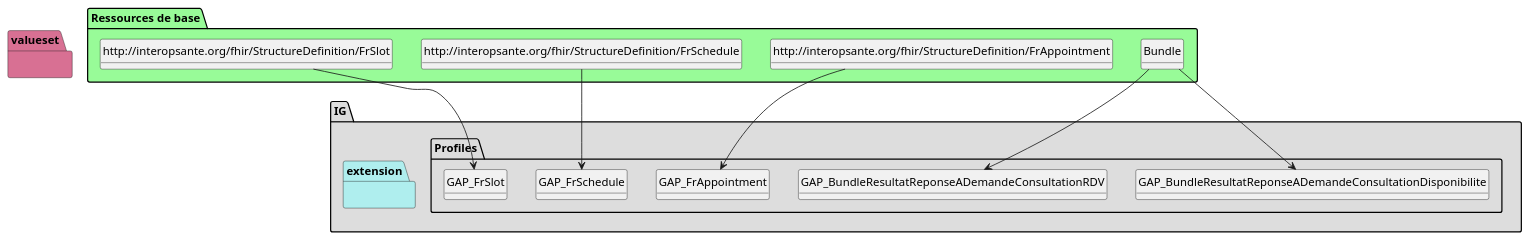
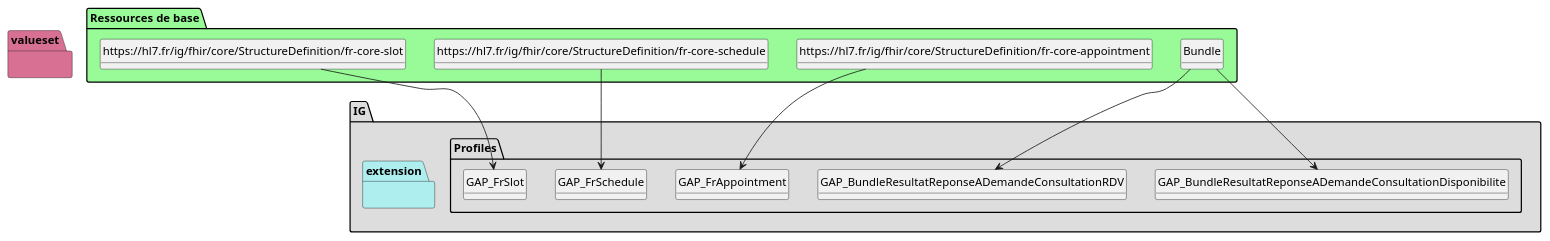
The diagram in nr-release-ballot-2/plantuml/graph.puml (ansforge/IG-fhir-gestion-agendas-partages), drawn with PlantUML before and after one commit. The commit also changed 255 other files, not shown here.

```diff
--- a/nr-release-ballot-2/plantuml/graph.puml
+++ b/nr-release-ballot-2/plantuml/graph.puml
@@ -1,173 +1,173 @@
 @startuml
 set namespaceSeparator ?
 hide circle
 hide class fields
 
 package IG #DDDDDD{
 
      package Profiles #DDDDDD{
 
         class GAP_BundleResultatReponseADemandeConsultationDisponibilite{
 
              Bundle.type => [None..None]
              Bundle.entry => [None..None]
              Bundle.entry:Slot => [0..*]
              Bundle.entry:Slot.resource => [1..None]
              Bundle.entry:Slot.search.mode => [None..None]
              Bundle.entry:Slot.request => [None..0]
              Bundle.entry:Slot.response => [None..0]
              Bundle.entry:Schedule => [0..*]
              Bundle.entry:Schedule.resource => [1..None]
              Bundle.entry:Schedule.search.mode => [None..None]
              Bundle.entry:Schedule.request => [None..0]
              Bundle.entry:Schedule.response => [None..0]
              Bundle.entry:Patient => [0..*]
              Bundle.entry:Patient.resource => [1..None]
              Bundle.entry:Patient.search.mode => [None..None]
              Bundle.entry:Patient.request => [None..0]
              Bundle.entry:Patient.response => [None..0]
              Bundle.entry:Practitioner => [0..*]
              Bundle.entry:Practitioner.resource => [1..None]
              Bundle.entry:Practitioner.search.mode => [None..None]
              Bundle.entry:Practitioner.request => [None..0]
              Bundle.entry:Practitioner.response => [None..0]
              Bundle.entry:PractitionerRole => [0..*]
              Bundle.entry:PractitionerRole.resource => [1..None]
              Bundle.entry:PractitionerRole.search.mode => [None..None]
              Bundle.entry:PractitionerRole.request => [None..0]
              Bundle.entry:PractitionerRole.response => [None..0]
              Bundle.entry:Device => [0..*]
              Bundle.entry:Device.resource => [1..None]
              Bundle.entry:Device.search.mode => [None..None]
              Bundle.entry:Device.request => [None..0]
              Bundle.entry:Device.response => [None..0]
              Bundle.entry:Location => [0..*]
              Bundle.entry:Location.resource => [1..None]
              Bundle.entry:Location.search.mode => [None..None]
              Bundle.entry:Location.request => [None..0]
              Bundle.entry:Location.response => [None..0]
              Bundle.entry:HealthcareService => [0..*]
              Bundle.entry:HealthcareService.resource => [1..None]
              Bundle.entry:HealthcareService.search.mode => [None..None]
              Bundle.entry:HealthcareService.request => [None..0]
              Bundle.entry:HealthcareService.response => [None..0]
              Bundle.entry:Organization => [0..*]
              Bundle.entry:Organization.resource => [1..None]
              Bundle.entry:Organization.search.mode => [None..None]
              Bundle.entry:Organization.request => [None..0]
              Bundle.entry:Organization.response => [None..0]
              Bundle.entry:RelatedPerson => [0..*]
              Bundle.entry:RelatedPerson.resource => [1..None]
              Bundle.entry:RelatedPerson.search.mode => [None..None]
              Bundle.entry:RelatedPerson.request => [None..0]
              Bundle.entry:RelatedPerson.response => [None..0]
         } 
 
         class GAP_BundleResultatReponseADemandeConsultationRDV{
 
              Bundle.type => [None..None]
              Bundle.entry => [None..None]
              Bundle.entry:Appointment => [0..*]
              Bundle.entry:Appointment.resource => [1..None]
              Bundle.entry:Appointment.search.mode => [None..None]
              Bundle.entry:Appointment.request => [None..0]
              Bundle.entry:Appointment.response => [None..0]
              Bundle.entry:Slot => [0..*]
              Bundle.entry:Slot.resource => [1..None]
              Bundle.entry:Slot.search.mode => [None..None]
              Bundle.entry:Slot.request => [None..0]
              Bundle.entry:Slot.response => [None..0]
              Bundle.entry:Schedule => [0..*]
              Bundle.entry:Schedule.resource => [1..None]
              Bundle.entry:Schedule.search.mode => [None..None]
              Bundle.entry:Schedule.request => [None..0]
              Bundle.entry:Schedule.response => [None..0]
              Bundle.entry:Patient => [0..*]
              Bundle.entry:Patient.resource => [1..None]
              Bundle.entry:Patient.search.mode => [None..None]
              Bundle.entry:Patient.request => [None..0]
              Bundle.entry:Patient.response => [None..0]
              Bundle.entry:Practitioner => [0..*]
              Bundle.entry:Practitioner.resource => [1..None]
              Bundle.entry:Practitioner.search.mode => [None..None]
              Bundle.entry:Practitioner.request => [None..0]
              Bundle.entry:Practitioner.response => [None..0]
              Bundle.entry:PractitionerRole => [0..*]
              Bundle.entry:PractitionerRole.resource => [1..None]
              Bundle.entry:PractitionerRole.search.mode => [None..None]
              Bundle.entry:PractitionerRole.request => [None..0]
              Bundle.entry:PractitionerRole.response => [None..0]
              Bundle.entry:Device => [0..*]
              Bundle.entry:Device.resource => [1..None]
              Bundle.entry:Device.search.mode => [None..None]
              Bundle.entry:Device.request => [None..0]
              Bundle.entry:Device.response => [None..0]
              Bundle.entry:Location => [0..*]
              Bundle.entry:Location.resource => [1..None]
              Bundle.entry:Location.search.mode => [None..None]
              Bundle.entry:Location.request => [None..0]
              Bundle.entry:Location.response => [None..0]
              Bundle.entry:HealthcareService => [0..*]
              Bundle.entry:HealthcareService.resource => [1..None]
              Bundle.entry:HealthcareService.search.mode => [None..None]
              Bundle.entry:HealthcareService.request => [None..0]
              Bundle.entry:HealthcareService.response => [None..0]
              Bundle.entry:Organization => [0..*]
              Bundle.entry:Organization.resource => [1..None]
              Bundle.entry:Organization.search.mode => [None..None]
              Bundle.entry:Organization.request => [None..0]
              Bundle.entry:Organization.response => [None..0]
              Bundle.entry:RelatedPerson => [0..*]
              Bundle.entry:RelatedPerson.resource => [1..None]
              Bundle.entry:RelatedPerson.search.mode => [None..None]
              Bundle.entry:RelatedPerson.request => [None..0]
              Bundle.entry:RelatedPerson.response => [None..0]
         } 
 
         class GAP_FrAppointment{
 
              Appointment => [None..None]
         } 
 
         class GAP_FrSchedule{
 
              Schedule => [None..None]
         } 
 
         class GAP_FrSlot{
 
              Slot => [None..None]
          }
 
      }
      package extension #paleturquoise {
 
 
          }
      }
      package valueset #PaleVioletRed{
        }
 
 package "Ressources de base" #palegreen {
 
  class "Bundle" as  class94c51f19c37f96ed231f5a0ae512b2a8 
 
     class94c51f19c37f96ed231f5a0ae512b2a8 --> GAP_BundleResultatReponseADemandeConsultationDisponibilite
 
  class "Bundle" as  class94c51f19c37f96ed231f5a0ae512b2a8 
 
     class94c51f19c37f96ed231f5a0ae512b2a8 --> GAP_BundleResultatReponseADemandeConsultationRDV
 
- class "http://interopsante.org/fhir/StructureDefinition/FrAppointment" as  class659762428c9192e4f39a709a90b89755 
+ class "https://hl7.fr/ig/fhir/core/StructureDefinition/fr-core-appointment" as  class5b3e4ec90388039f3b23e1c44137e12e 
 
-    class659762428c9192e4f39a709a90b89755 --> GAP_FrAppointment
+    class5b3e4ec90388039f3b23e1c44137e12e --> GAP_FrAppointment
 
- class "http://interopsante.org/fhir/StructureDefinition/FrSchedule" as  classb622660bfabd924a2e1a86fb95e2ca04 
+ class "https://hl7.fr/ig/fhir/core/StructureDefinition/fr-core-schedule" as  class7c912eb91080e8d9a809e267903ad8a9 
 
-    classb622660bfabd924a2e1a86fb95e2ca04 --> GAP_FrSchedule
+    class7c912eb91080e8d9a809e267903ad8a9 --> GAP_FrSchedule
 
- class "http://interopsante.org/fhir/StructureDefinition/FrSlot" as  class86363a39b418154a968adc9b5da3fe9c 
+ class "https://hl7.fr/ig/fhir/core/StructureDefinition/fr-core-slot" as  classf72d01e910d5b05afa3e849c0230ac33 
 
-    class86363a39b418154a968adc9b5da3fe9c --> GAP_FrSlot
+    classf72d01e910d5b05afa3e849c0230ac33 --> GAP_FrSlot
 }
 @enduml
```
